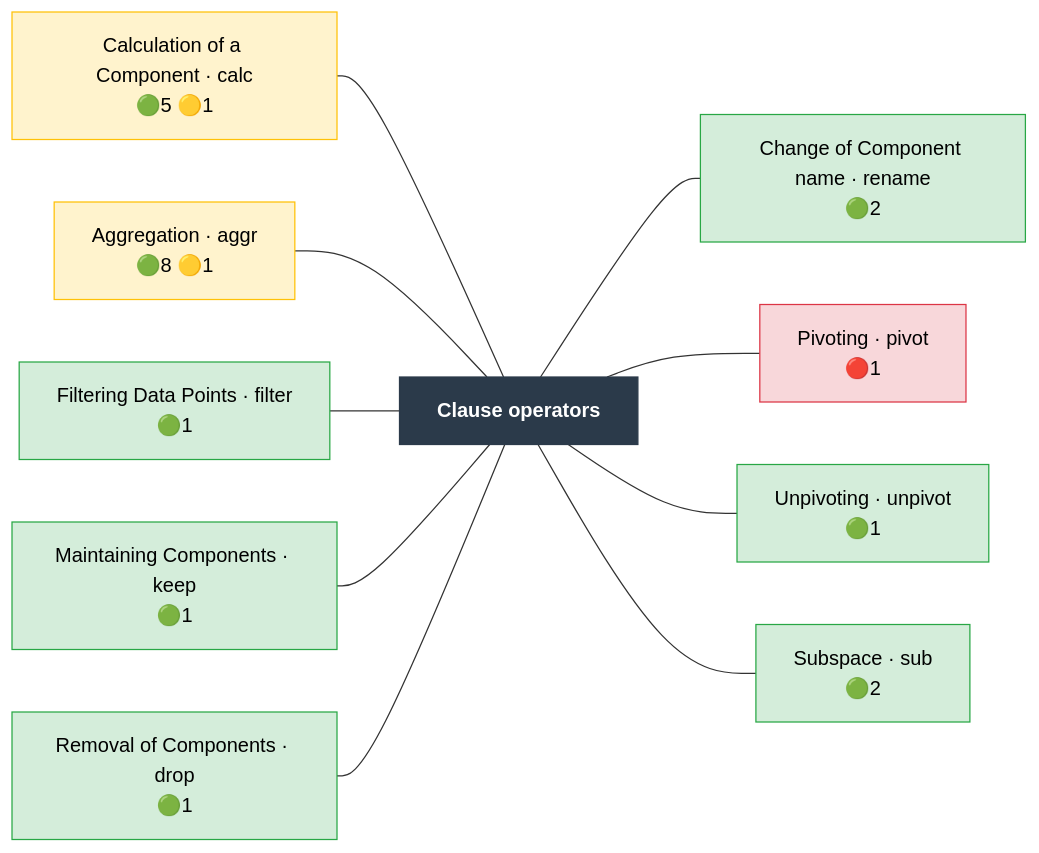
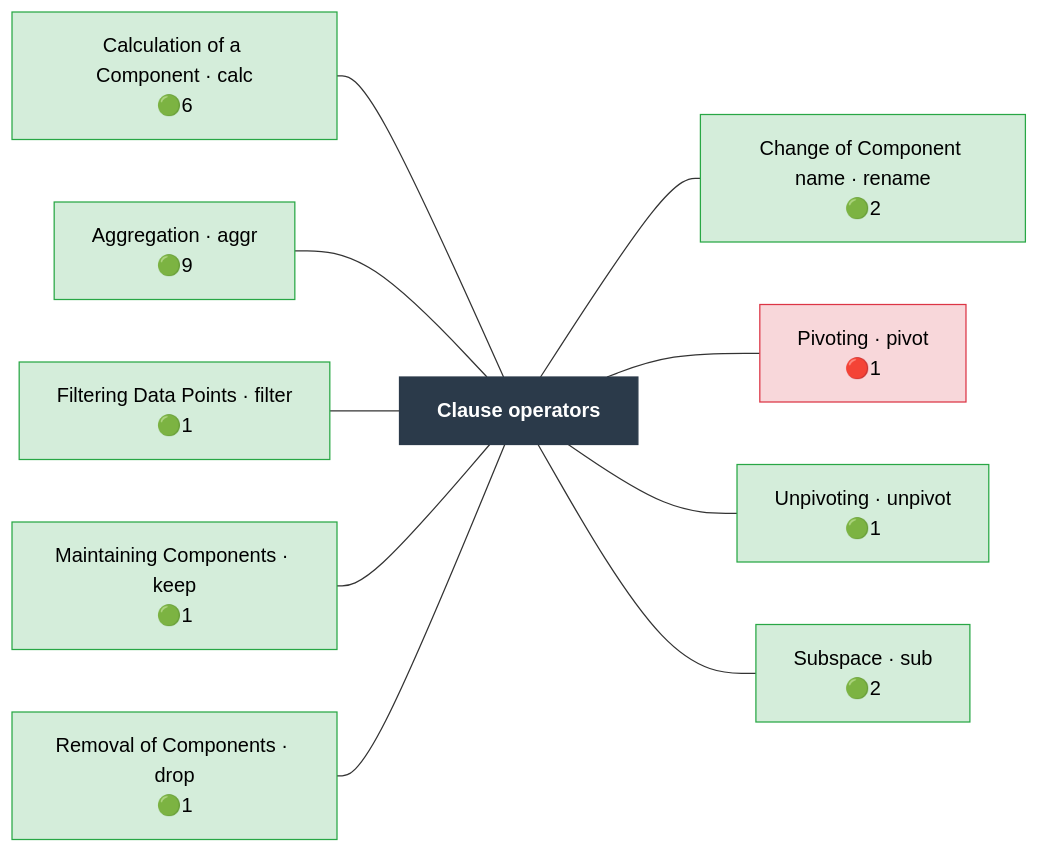
One commit to Meaningful-Data/vtlengine changed the diagram in docs/operator_map/clause/index.rst. Above: the diagram before and after it, drawn with Mermaid. The commit also changed other lines of this file and 175 other files, not shown here.

```diff
--- a/docs/operator_map/clause/index.rst
+++ b/docs/operator_map/clause/index.rst
@@ -24,39 +24,39 @@
 .. mermaid::
    :config: {"flowchart": {"useMaxWidth": false}}
 
    flowchart LR
        classDef ok fill:#d4edda,stroke:#28a745,color:#000
        classDef partial fill:#fff3cd,stroke:#ffc107,color:#000
        classDef refused fill:#d4edda,stroke:#28a745,stroke-width:3px,stroke-dasharray: 2 2,color:#000
        classDef missing fill:#f8d7da,stroke:#dc3545,color:#000
        classDef diverge fill:#cce5ff,stroke:#007bff,color:#000
        classDef block fill:#2b3a4a,stroke:#2b3a4a,color:#fff,font-weight:bold
        classDef ext fill:#fff,stroke:#666,color:#000,stroke-dasharray: 5 5
        B["Clause operators"]:::block
-       clause__calc["Calculation of a Component · calc<br/>🟢5 🟡1"]:::partial
-       clause__aggr["Aggregation · aggr<br/>🟢8 🟡1"]:::partial
+       clause__calc["Calculation of a Component · calc<br/>🟢6"]:::ok
+       clause__aggr["Aggregation · aggr<br/>🟢9"]:::ok
        clause__filter["Filtering Data Points · filter<br/>🟢1"]:::ok
        clause__keep["Maintaining Components · keep<br/>🟢1"]:::ok
        clause__drop["Removal of Components · drop<br/>🟢1"]:::ok
        clause__rename["Change of Component name · rename<br/>🟢2"]:::ok
        clause__pivot["Pivoting · pivot<br/>🔴1"]:::missing
        clause__unpivot["Unpivoting · unpivot<br/>🟢1"]:::ok
        clause__sub["Subspace · sub<br/>🟢2"]:::ok
        clause__calc --- B
        clause__aggr --- B
        clause__filter --- B
        clause__keep --- B
        clause__drop --- B
        B --- clause__rename
        B --- clause__pivot
        B --- clause__unpivot
        B --- clause__sub
        click clause__calc href "calc.html"
        click clause__aggr href "aggr.html"
        click clause__filter href "filter.html"
        click clause__keep href "keep.html"
        click clause__drop href "drop.html"
        click clause__rename href "rename.html"
        click clause__pivot href "pivot.html"
        click clause__unpivot href "unpivot.html"
        click clause__sub href "sub.html"
```
